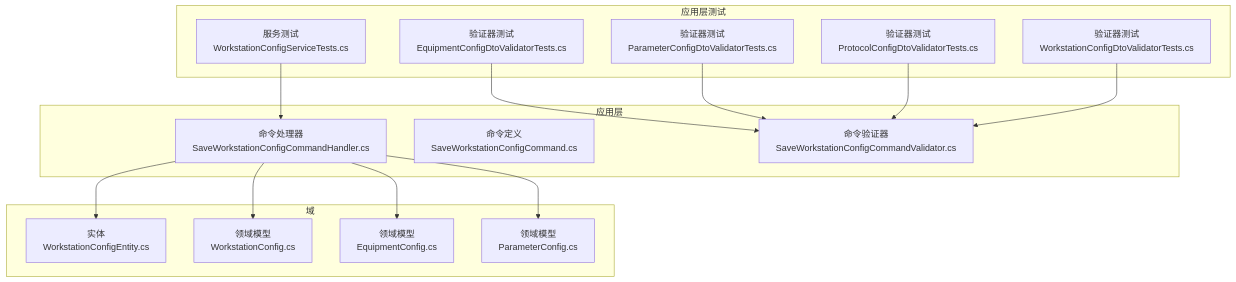
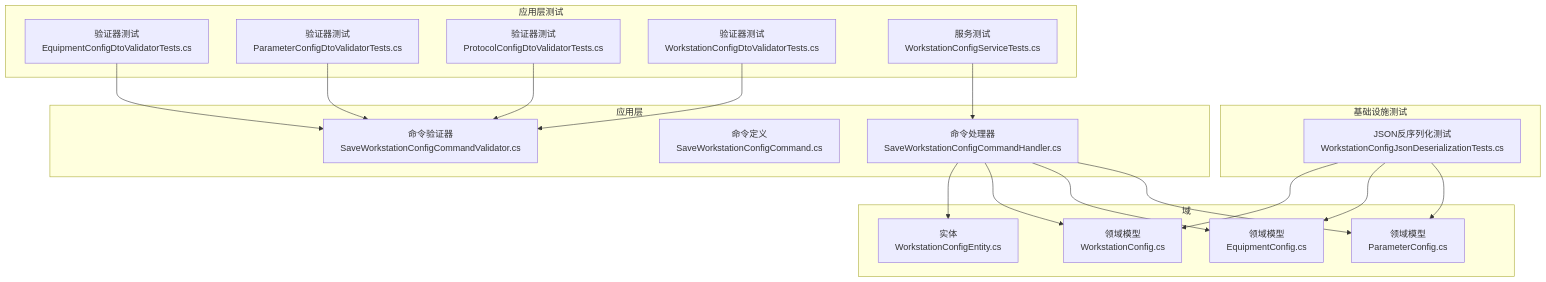
The first of 5 diagrams in .qoder/repowiki/zh/content/测试策略/单元测试.md (whitemousetl/IndustrialDataSolution), drawn with Mermaid before and after one commit. The commit also changed other lines of this file and 18 other files, not shown here.

````diff
--- a/.qoder/repowiki/zh/content/测试策略/单元测试.md
+++ b/.qoder/repowiki/zh/content/测试策略/单元测试.md
@@ -43,30 +48,36 @@
 ```mermaid
 graph TB
 subgraph "应用层测试"
 T1["验证器测试<br/>EquipmentConfigDtoValidatorTests.cs"]
 T2["验证器测试<br/>ParameterConfigDtoValidatorTests.cs"]
 T3["验证器测试<br/>ProtocolConfigDtoValidatorTests.cs"]
 T4["验证器测试<br/>WorkstationConfigDtoValidatorTests.cs"]
 T5["服务测试<br/>WorkstationConfigServiceTests.cs"]
+end
+subgraph "基础设施测试"
+T6["JSON反序列化测试<br/>WorkstationConfigJsonDeserializationTests.cs"]
 end
 subgraph "应用层"
 C1["命令处理器<br/>SaveWorkstationConfigCommandHandler.cs"]
 C2["命令定义<br/>SaveWorkstationConfigCommand.cs"]
 V1["命令验证器<br/>SaveWorkstationConfigCommandValidator.cs"]
 end
 subgraph "域"
 E1["实体<br/>WorkstationConfigEntity.cs"]
 D1["领域模型<br/>WorkstationConfig.cs"]
 D2["领域模型<br/>EquipmentConfig.cs"]
 D3["领域模型<br/>ParameterConfig.cs"]
 end
 T1 --> V1
 T2 --> V1
 T3 --> V1
 T4 --> V1
 T5 --> C1
+T6 --> D1
+T6 --> D2
+T6 --> D3
 C1 --> E1
 C1 --> D1
 C1 --> D2
 C1 --> D3
 ```
````
